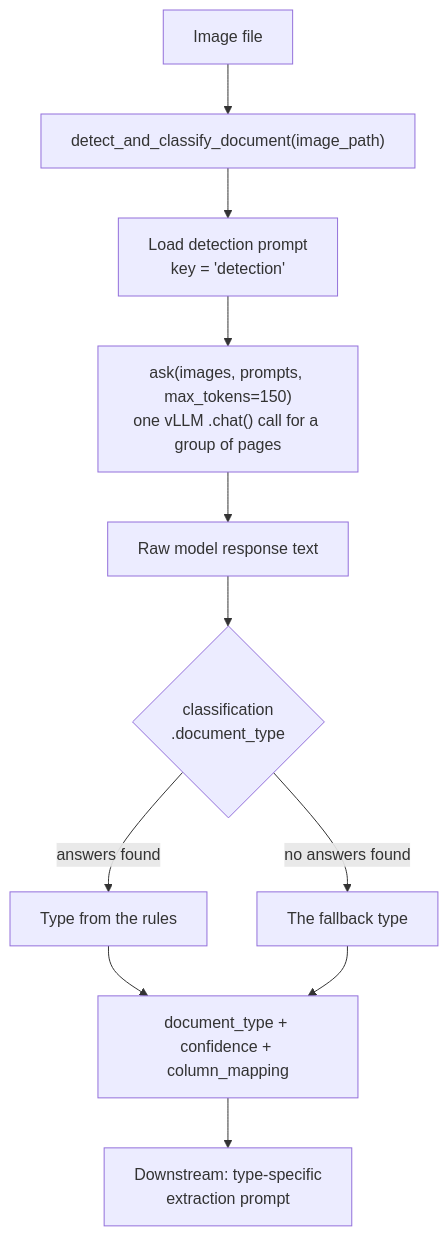
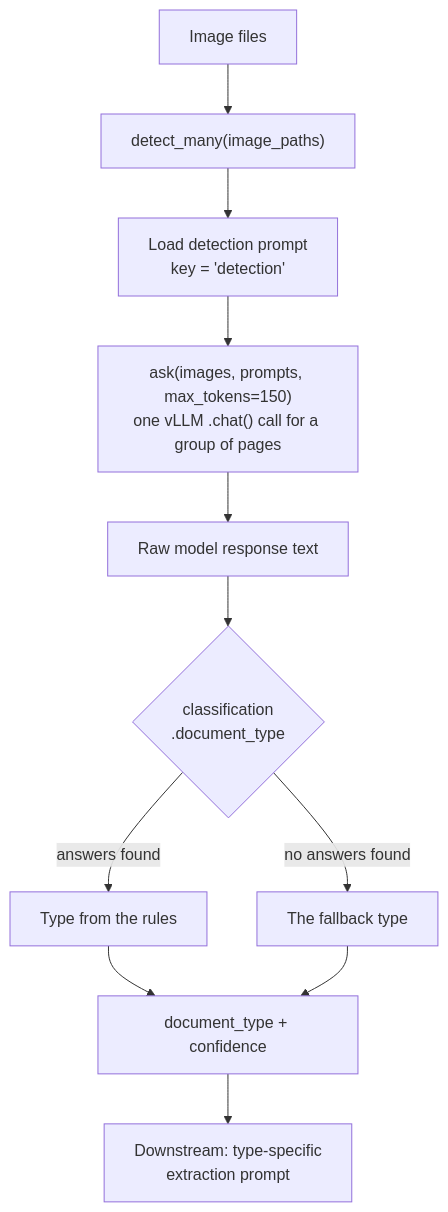
Before and after one commit to tmnestor/Doc_Extraction_Pipeline: the first of 3 diagrams in docs/document_classification.md, drawn with Mermaid. The commit also changed other lines of this file and 15 other files, not shown here.

````diff
--- a/docs/document_classification.md
+++ b/docs/document_classification.md
@@ -56,13 +56,13 @@
 ```mermaid
 flowchart TD
-    A[Image file] --> B["detect_and_classify_document(image_path)"]
+    A[Image files] --> B["detect_many(image_paths)"]
     B --> C[Load detection prompt<br/>key = 'detection']
     C --> D["ask(images, prompts, max_tokens=150)<br/>one vLLM .chat() call for a group of pages"]
     D --> E[Raw model response text]
     E --> F{classification<br/>.document_type}
     F -->|answers found| G[Type from the rules]
     F -->|no answers found| H[The fallback type]
-    G --> I[document_type + confidence + column_mapping]
+    G --> I[document_type + confidence]
     H --> I
     I --> J[Downstream: type-specific<br/>extraction prompt]
 ```
````
